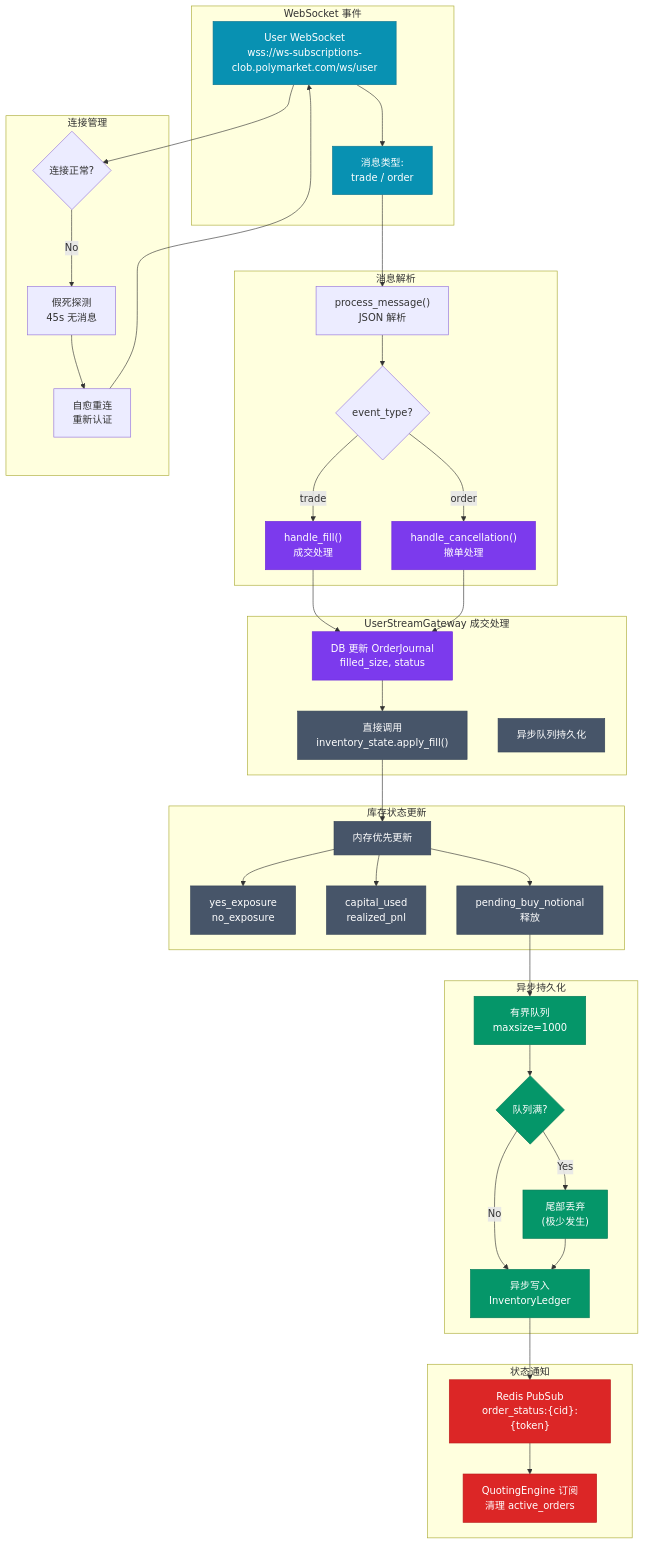
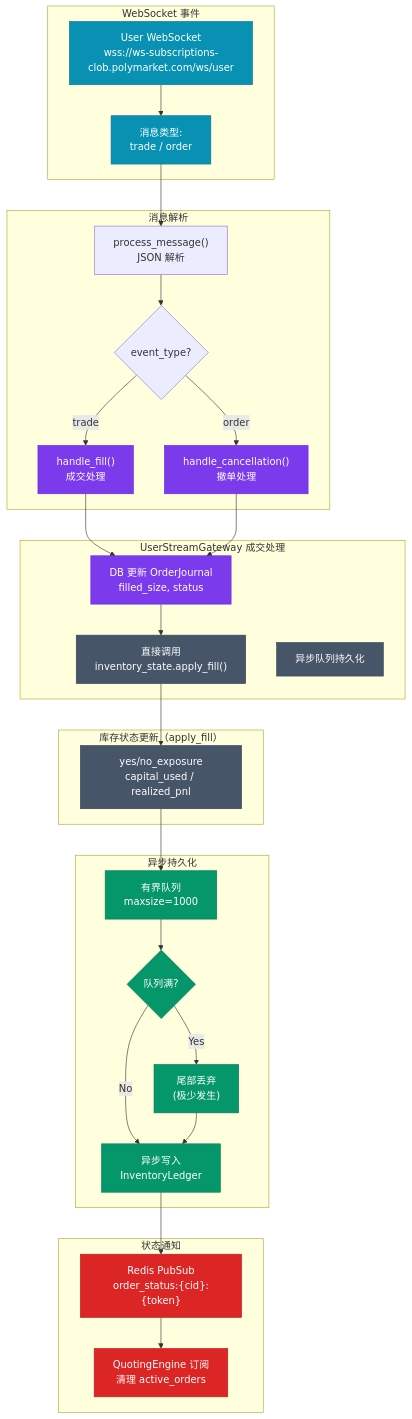
The first of 3 diagrams in spec/architecture_diagrams/06_fill_processing_flow.md (liu-kaining/PolyMatrixEngine), drawn with Mermaid before and after one commit. The commit also changed other lines of this file and 12 other files, not shown here.

````diff
--- a/spec/architecture_diagrams/06_fill_processing_flow.md
+++ b/spec/architecture_diagrams/06_fill_processing_flow.md
@@ -26,11 +26,8 @@
         J["异步队列持久化"]
     end
 
-    subgraph InvUpdate["库存状态更新"]
-        K["内存优先更新"]
-        L["yes_exposure<br/>no_exposure"]
-        M["capital_used<br/>realized_pnl"]
-        N["pending_buy_notional<br/>释放"]
+    subgraph InvUpdate["库存状态更新（apply_fill）"]
+        K["yes/no_exposure<br/>capital_used / realized_pnl"]
     end
 
     subgraph AsyncPersist["异步持久化"]
@@ -45,12 +42,6 @@
         T["QuotingEngine 订阅<br/>清理 active_orders"]
     end
 
-    subgraph Close["连接管理"]
-        U{"连接正常?"}
-        V["假死探测<br/>45s 无消息"]
-        W["自愈重连<br/>重新认证"]
-    end
-
     %% 连接
     A --> B
     B --> C
@@ -63,11 +54,7 @@
 
     H --> I
     I --> K
-    K --> L
-    K --> M
-    K --> N
-
-    N --> O
+    K --> O
     O --> P
     P -->|Yes| Q
     P -->|No| R
@@ -75,11 +62,6 @@
 
     R --> S
     S --> T
-
-    A --> U
-    U -->|No| V
-    V --> W
-    W --> A
 
     %% 样式 - 专业沉稳配色
     classDef ws fill:#0891b2,stroke:#0e7490,color:#fff
@@ -90,7 +72,7 @@
 
     class A,B ws
     class E,F,H handler
-    class I,J,K,L,M,N memory
+    class I,J,K memory
     class O,P,Q,R persist
     class S,T notify
 ```
````
